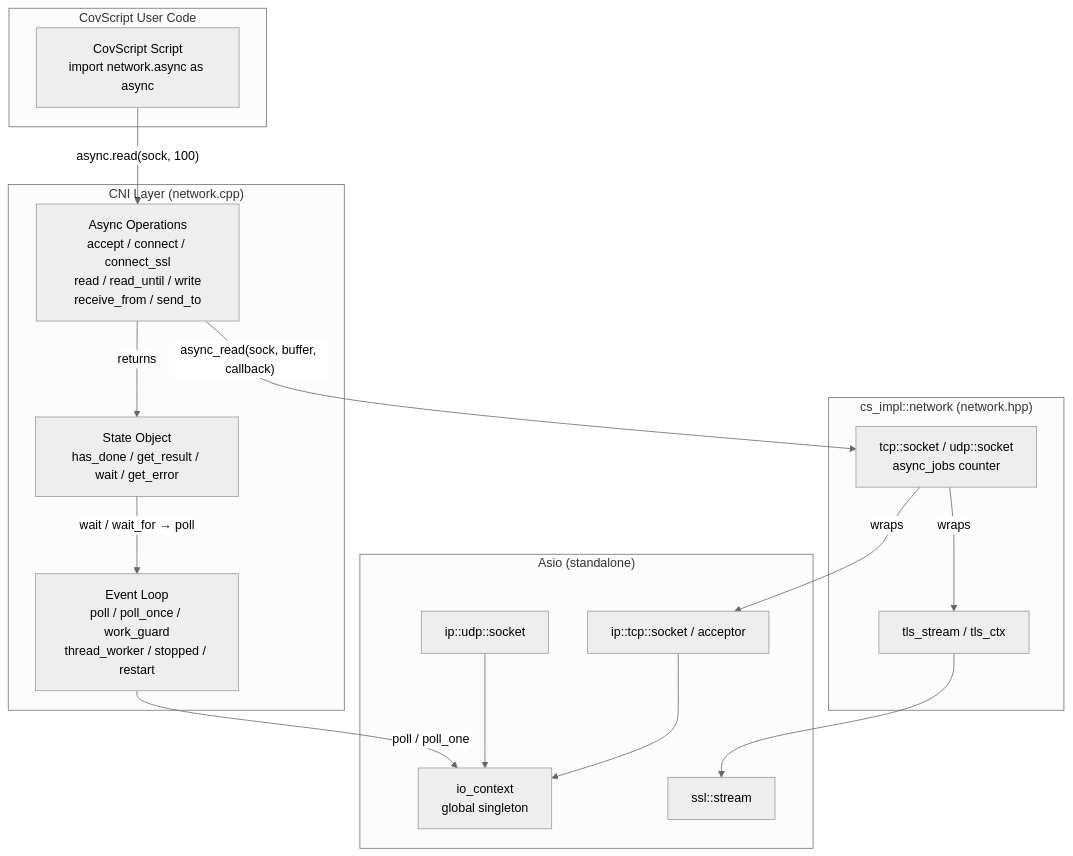
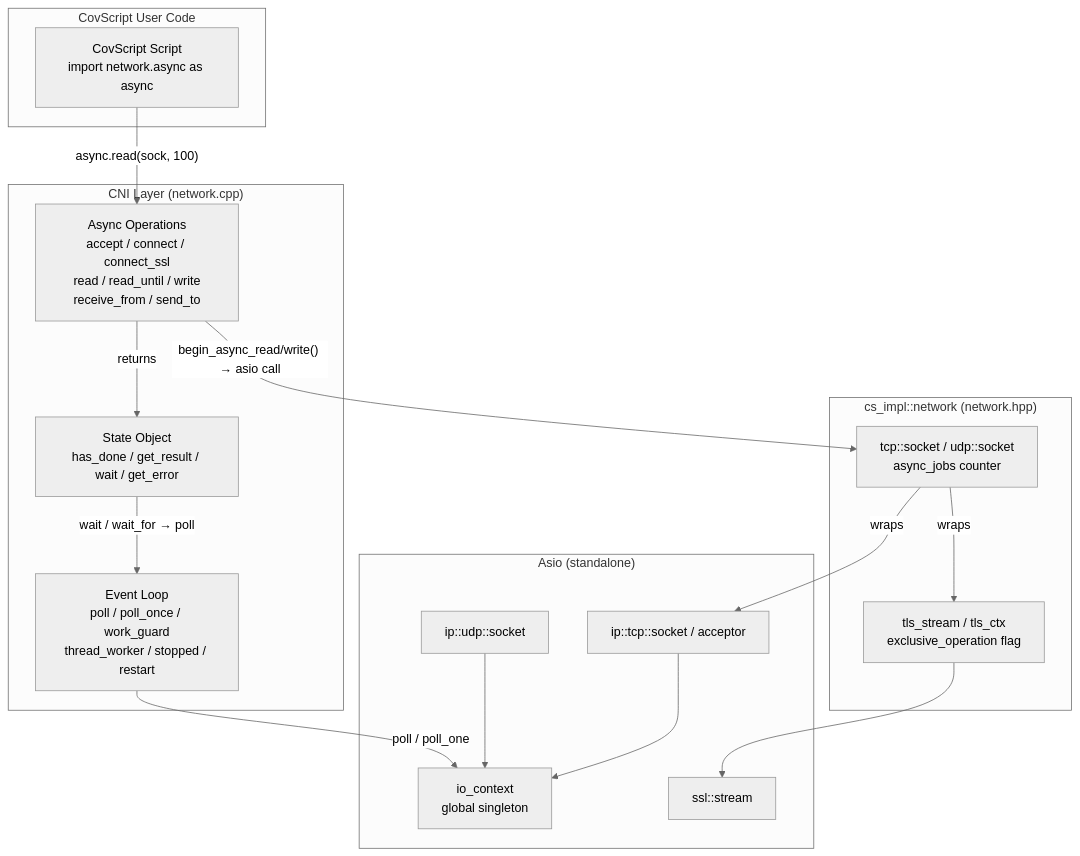
The first of 9 diagrams in docs/async-architecture.md (covscript/covscript-network), drawn with Mermaid (neutral theme) before and after one commit. The commit also changed other lines of this file and 23 other files, not shown here.

````diff
--- a/docs/async-architecture.md
+++ b/docs/async-architecture.md
@@ -10,35 +10,35 @@
 ```mermaid
 graph TB
     subgraph "CovScript User Code"
         CS[CovScript Script<br/>import network.async as async]
     end
 
     subgraph "CNI Layer (network.cpp)"
         OPS[Async Operations<br/>accept / connect / connect_ssl<br/>read / read_until / write<br/>receive_from / send_to]
         STATE[State Object<br/>has_done / get_result / wait / get_error]
         LIFECYCLE[Event Loop<br/>poll / poll_once / work_guard<br/>thread_worker / stopped / restart]
     end
 
     subgraph "cs_impl::network (network.hpp)"
         SOCK[tcp::socket / udp::socket<br/>async_jobs counter]
-        TLS[tls_stream / tls_ctx]
+        TLS[tls_stream / tls_ctx<br/>exclusive_operation flag]
     end
 
     subgraph "Asio (standalone)"
         IO[io_context<br/>global singleton]
         TCP[ip::tcp::socket / acceptor]
         SSL[ssl::stream]
         UDP[ip::udp::socket]
     end
 
     CS -->|"async.read(sock, 100)"| OPS
-    OPS -->|"async_read(sock, buffer, callback)"| SOCK
+    OPS -->|"begin_async_read/write() → asio call"| SOCK
     OPS -->|"returns"| STATE
     SOCK -->|"wraps"| TLS
     SOCK -->|"wraps"| TCP
     TLS --> SSL
     TCP --> IO
     UDP --> IO
     LIFECYCLE -->|"poll / poll_one"| IO
     STATE -->|"wait / wait_for → poll"| LIFECYCLE
 ```
````
